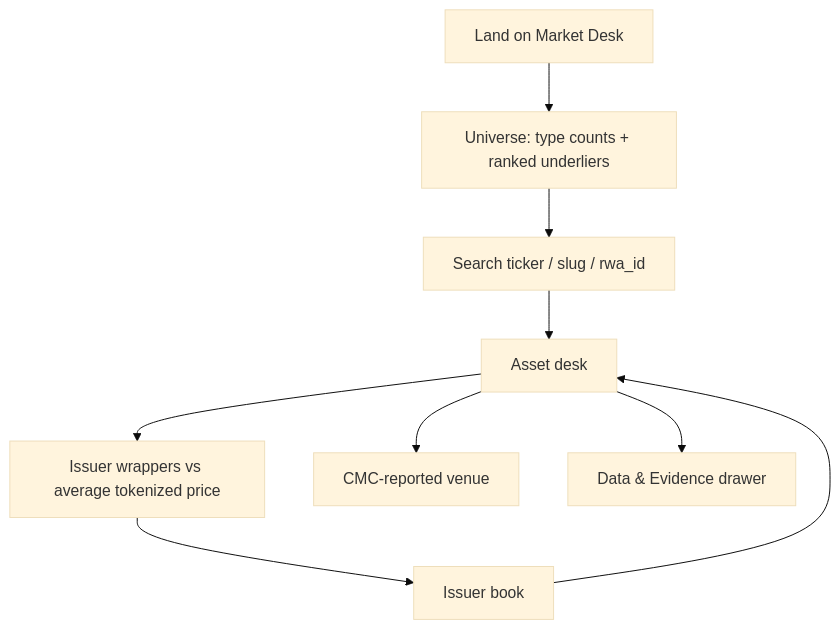
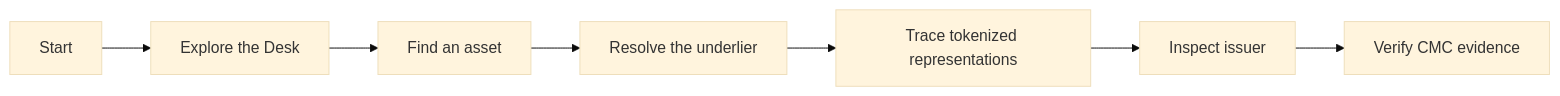
One commit to PinnacleCryptNG/cmc-pulse changed the first of 2 diagrams in README.md. Above: the diagram before and after it, drawn with Mermaid (base theme). The commit also changed other lines of this file, not shown here.

````diff
--- a/README.md
+++ b/README.md
@@ -94,11 +40,9 @@
 ```mermaid
-flowchart TD
-  A[Land on Market Desk] --> B[Universe: type counts + ranked underliers]
-  B --> C[Search ticker / slug / rwa_id]
-  C --> D[Asset desk]
-  D --> E[Issuer wrappers vs average tokenized price]
-  D --> F[CMC-reported venue]
-  E --> G[Issuer book]
-  G --> D
-  D --> H[Data & Evidence drawer]
+flowchart LR
+  A[Start] --> B[Explore the Desk]
+  B --> C[Find an asset]
+  C --> D[Resolve the underlier]
+  D --> E[Trace tokenized representations]
+  E --> F[Inspect issuer]
+  F --> G[Verify CMC evidence]
 ```
````
